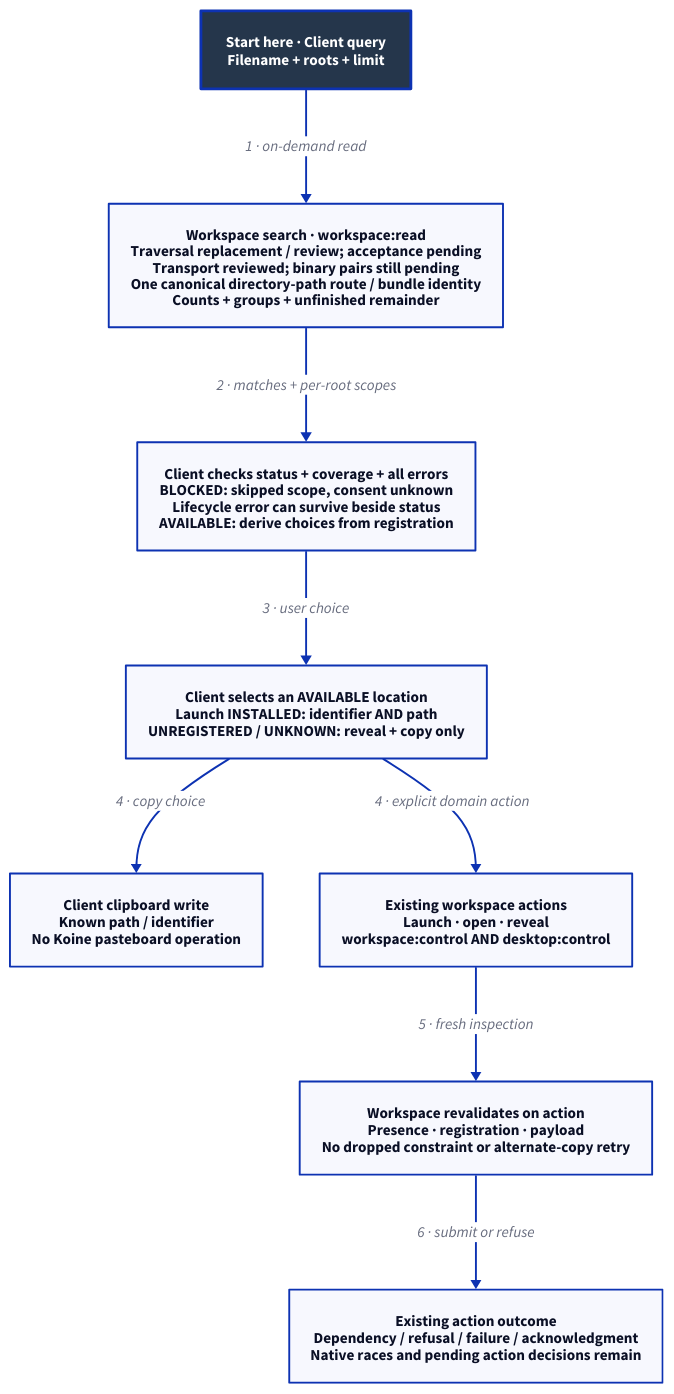
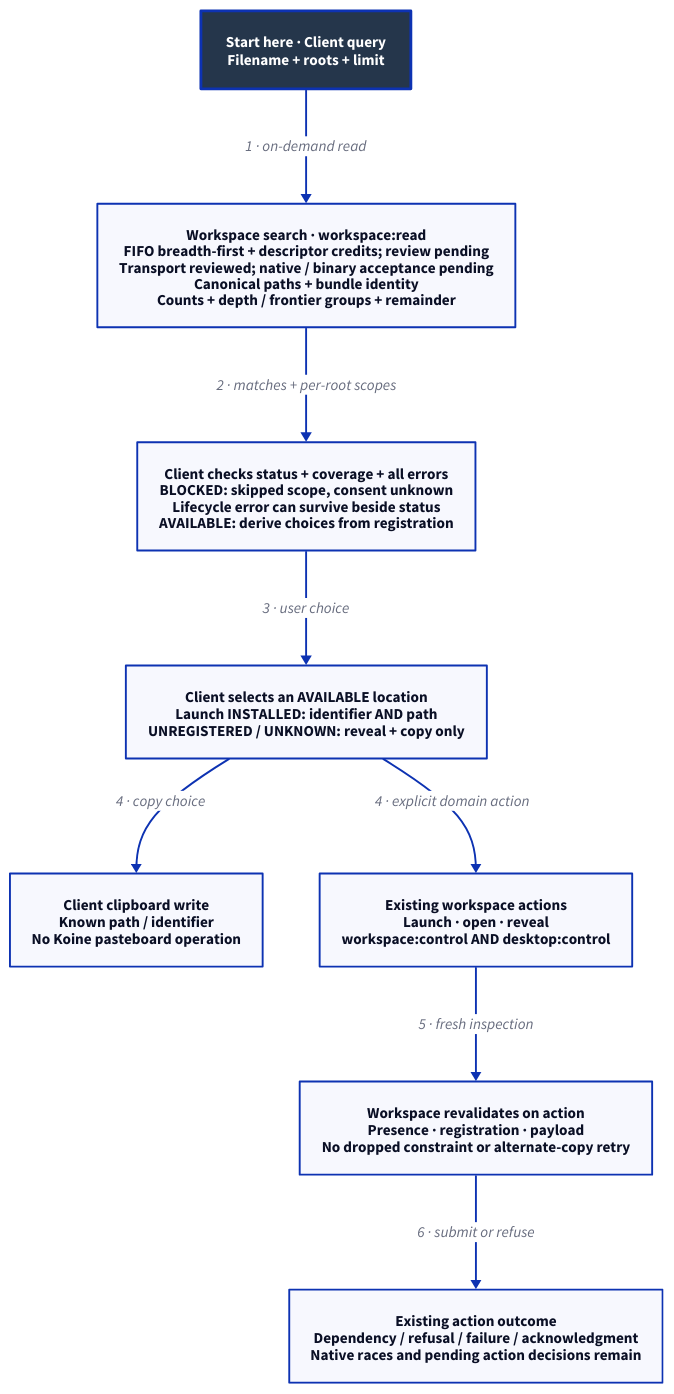
One commit to Linkuistics/Koine changed the diagram in docs/design/architecture/search-handoff.d2. Above: the diagram before and after it, drawn with D2. The commit also changed 22 other files, not shown here.

First line of the commit message:
search-traversal-k105: design shallow-first discovery and process-wide descriptor admission

```diff
--- a/docs/design/architecture/search-handoff.d2
+++ b/docs/design/architecture/search-handoff.d2
@@ -1,20 +1,20 @@
 # Designed component/data handoff. Source roles, not deployment containers.
 direction: down
 classes: {
   start: {style: {fill: "#25364B"; font-color: "#FFFFFF"; bold: true; stroke-width: 3}}
 }
 Start: "Start here · Client query\nFilename + roots + limit" {class: start}
-Search: "Workspace search · workspace:read\nTraversal replacement / review; acceptance pending\nTransport reviewed; binary pairs still pending\nOne canonical directory-path route / bundle identity\nCounts + groups + unfinished remainder"
+Search: "Workspace search · workspace:read\nFIFO breadth-first + descriptor credits; review pending\nTransport reviewed; native / binary acceptance pending\nCanonical paths + bundle identity\nCounts + depth / frontier groups + remainder"
 Choices: "Client checks status + coverage + all errors\nBLOCKED: skipped scope, consent unknown\nLifecycle error can survive beside status\nAVAILABLE: derive choices from registration"
 Selected: "Client selects an AVAILABLE location\nLaunch INSTALLED: identifier AND path\nUNREGISTERED / UNKNOWN: reveal + copy only"
 Clipboard: "Client clipboard write\nKnown path / identifier\nNo Koine pasteboard operation"
 Action: "Existing workspace actions\nLaunch · open · reveal\nworkspace:control AND desktop:control"
 Revalidate: "Workspace revalidates on action\nPresence · registration · payload\nNo dropped constraint or alternate-copy retry"
 Outcome: "Existing action outcome\nDependency / refusal / failure / acknowledgment\nNative races and pending action decisions remain"
 Start -> Search: "1 · on-demand read"
 Search -> Choices: "2 · matches + per-root scopes"
 Choices -> Selected: "3 · user choice"
 Selected -> Clipboard: "4 · copy choice"
 Selected -> Action: "4 · explicit domain action"
 Action -> Revalidate: "5 · fresh inspection"
 Revalidate -> Outcome: "6 · submit or refuse"
```
